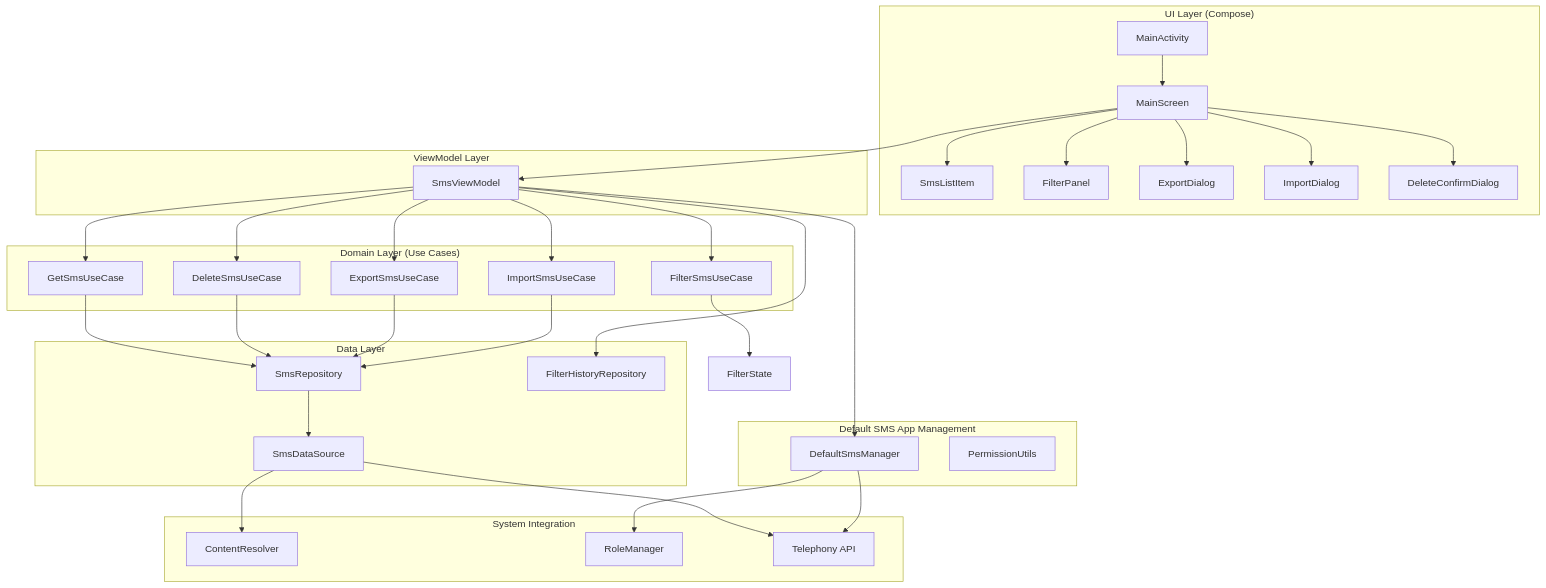
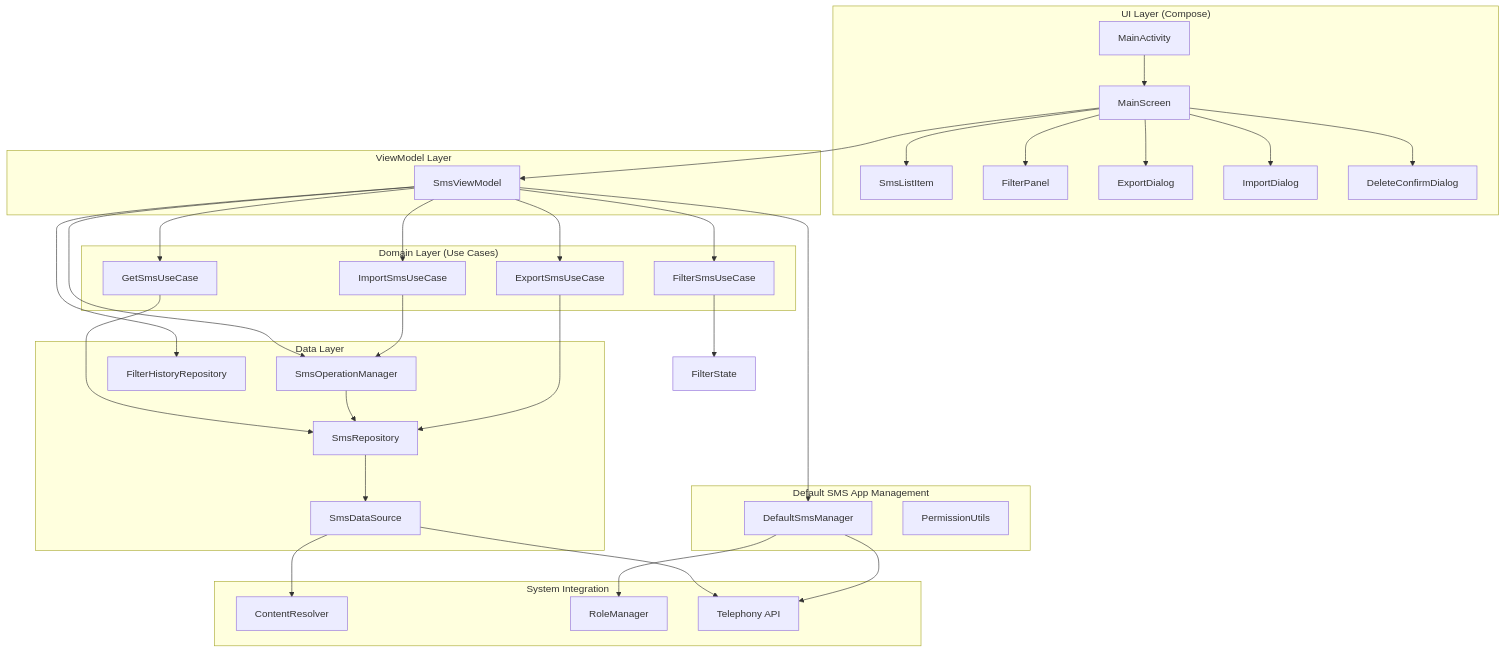
One commit to yuameshi/sms-cleaner changed the first of 4 diagrams in docs/ARCHITECTURE.md. Above: the diagram before and after it, drawn with Mermaid. The commit also changed other lines of this file and 6 other files, not shown here.

First line of the commit message:
refactor: unify delete and database operation interfaces

````diff
--- a/docs/ARCHITECTURE.md
+++ b/docs/ARCHITECTURE.md
@@ -9,70 +9,70 @@
 ```mermaid
 graph TB
     subgraph "UI Layer (Compose)"
         MainActivity[MainActivity]
         MainScreen[MainScreen]
         SmsListItem[SmsListItem]
         FilterPanel[FilterPanel]
         ExportDialog[ExportDialog]
         ImportDialog[ImportDialog]
         DeleteConfirmDialog[DeleteConfirmDialog]
     end
     
     subgraph "ViewModel Layer"
         SmsViewModel[SmsViewModel]
     end
     
     subgraph "Domain Layer (Use Cases)"
         GetSmsUseCase[GetSmsUseCase]
         FilterSmsUseCase[FilterSmsUseCase]
-        DeleteSmsUseCase[DeleteSmsUseCase]
         ExportSmsUseCase[ExportSmsUseCase]
         ImportSmsUseCase[ImportSmsUseCase]
     end
     
     subgraph "Data Layer"
+        SmsOperationManager[SmsOperationManager]
         SmsRepository[SmsRepository]
         FilterHistoryRepository[FilterHistoryRepository]
         SmsDataSource[SmsDataSource]
     end
     
     subgraph "System Integration"
         ContentResolver[ContentResolver]
         RoleManager[RoleManager]
         TelephonyAPI[Telephony API]
     end
     
     MainActivity --> MainScreen
     MainScreen --> SmsViewModel
     MainScreen --> SmsListItem
     MainScreen --> FilterPanel
     MainScreen --> ExportDialog
     MainScreen --> ImportDialog
     MainScreen --> DeleteConfirmDialog
     
     SmsViewModel --> GetSmsUseCase
     SmsViewModel --> FilterSmsUseCase
-    SmsViewModel --> DeleteSmsUseCase
+    SmsViewModel --> SmsOperationManager
     SmsViewModel --> ExportSmsUseCase
     SmsViewModel --> ImportSmsUseCase
     SmsViewModel --> FilterHistoryRepository
     
     GetSmsUseCase --> SmsRepository
     FilterSmsUseCase --> FilterState
-    DeleteSmsUseCase --> SmsRepository
+    SmsOperationManager --> SmsRepository
     ExportSmsUseCase --> SmsRepository
-    ImportSmsUseCase --> SmsRepository
+    ImportSmsUseCase --> SmsOperationManager
     
     SmsRepository --> SmsDataSource
     SmsDataSource --> ContentResolver
     SmsDataSource --> TelephonyAPI
     
     subgraph "Default SMS App Management"
         DefaultSmsManager[DefaultSmsManager]
         PermissionUtils[PermissionUtils]
     end
     
     SmsViewModel --> DefaultSmsManager
     DefaultSmsManager --> RoleManager
     DefaultSmsManager --> TelephonyAPI
 ```
````
